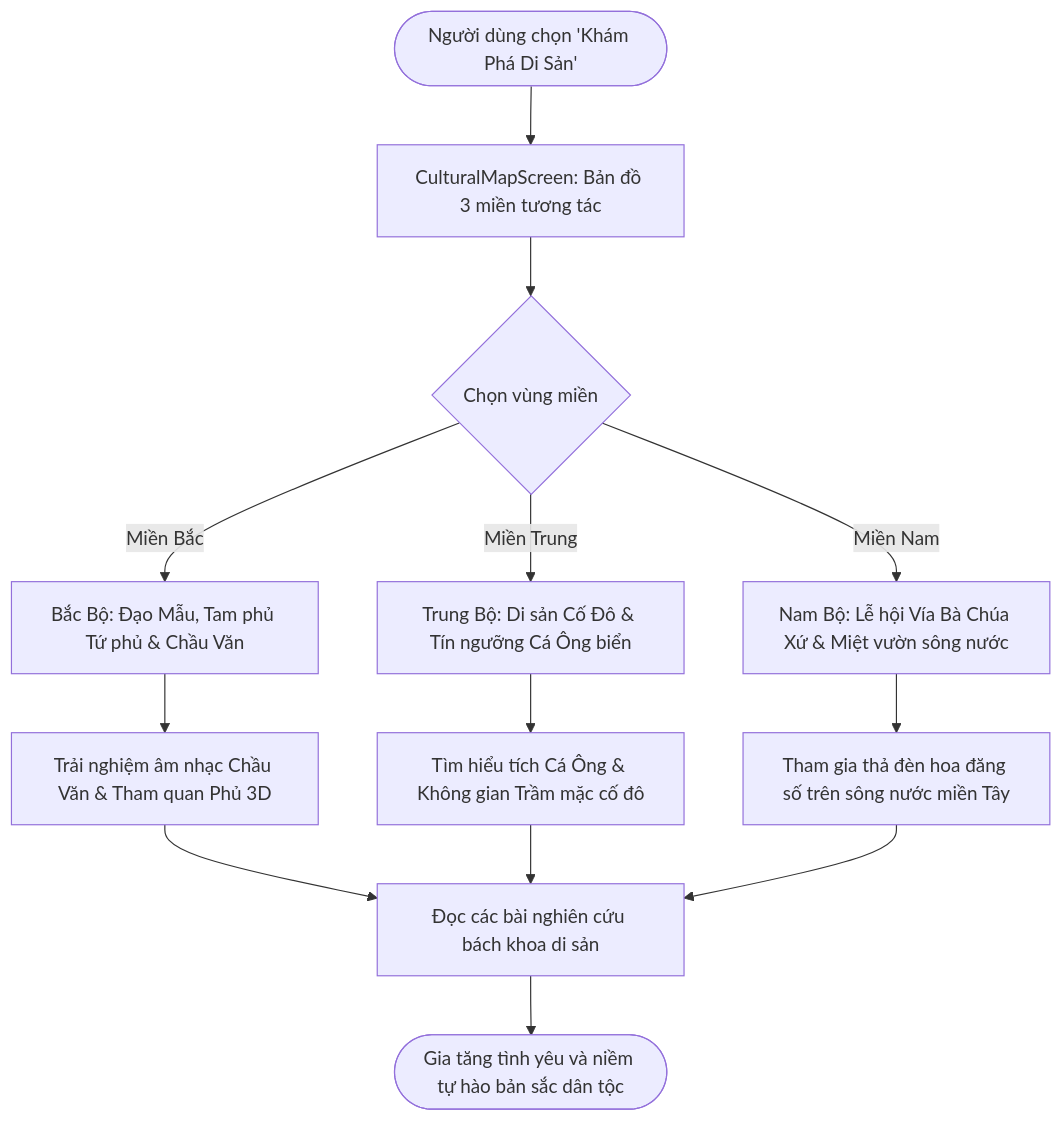
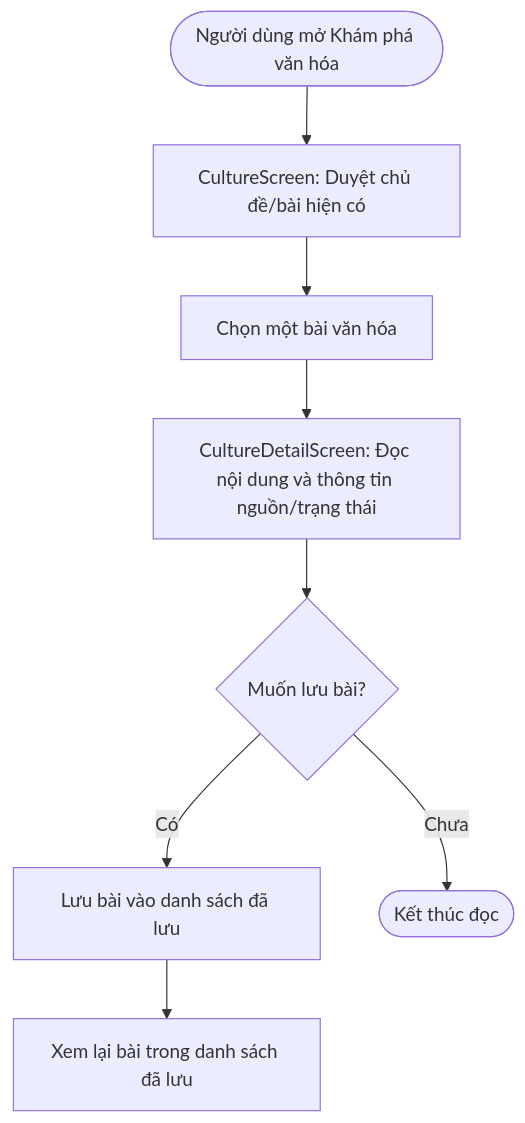
The third of 6 diagrams in Tin-Lam-Tam-Linh-Requirements-Tong-Hop.md (Truonghd2202/Cung_kieng_online), drawn with Mermaid before and after one commit. The commit also changed other lines of this file and 182 other files, not shown here.

````diff
--- a/Tin-Lam-Tam-Linh-Requirements-Tong-Hop.md
+++ b/Tin-Lam-Tam-Linh-Requirements-Tong-Hop.md
@@ -535,18 +551,10 @@
 ```mermaid
 flowchart TD
-    A([Người dùng chọn 'Khám Phá Di Sản']) --> B[CulturalMapScreen: Bản đồ 3 miền tương tác]
-    B --> C{Chọn vùng miền}
-    
-    C -- Miền Bắc --> D[Bắc Bộ: Đạo Mẫu, Tam phủ Tứ phủ & Chầu Văn]
-    C -- Miền Trung --> E[Trung Bộ: Di sản Cố Đô & Tín ngưỡng Cá Ông biển]
-    C -- Miền Nam --> F[Nam Bộ: Lễ hội Vía Bà Chúa Xứ & Miệt vườn sông nước]
-    
-    D --> G[Trải nghiệm âm nhạc Chầu Văn & Tham quan Phủ 3D]
-    E --> H[Tìm hiểu tích Cá Ông & Không gian Trầm mặc cố đô]
-    F --> I[Tham gia thả đèn hoa đăng số trên sông nước miền Tây]
-    
-    G --> J[Đọc các bài nghiên cứu bách khoa di sản]
-    H --> J
-    I --> J
-    J --> K([Gia tăng tình yêu và niềm tự hào bản sắc dân tộc])
+    A([Người dùng mở Khám phá văn hóa]) --> B[CultureScreen: Duyệt chủ đề/bài hiện có]
+    B --> C[Chọn một bài văn hóa]
+    C --> D[CultureDetailScreen: Đọc nội dung và thông tin nguồn/trạng thái]
+    D --> E{Muốn lưu bài?}
+    E -- Có --> F[Lưu bài vào danh sách đã lưu]
+    E -- Chưa --> G([Kết thúc đọc])
+    F --> H[Xem lại bài trong danh sách đã lưu]
 ```
````
